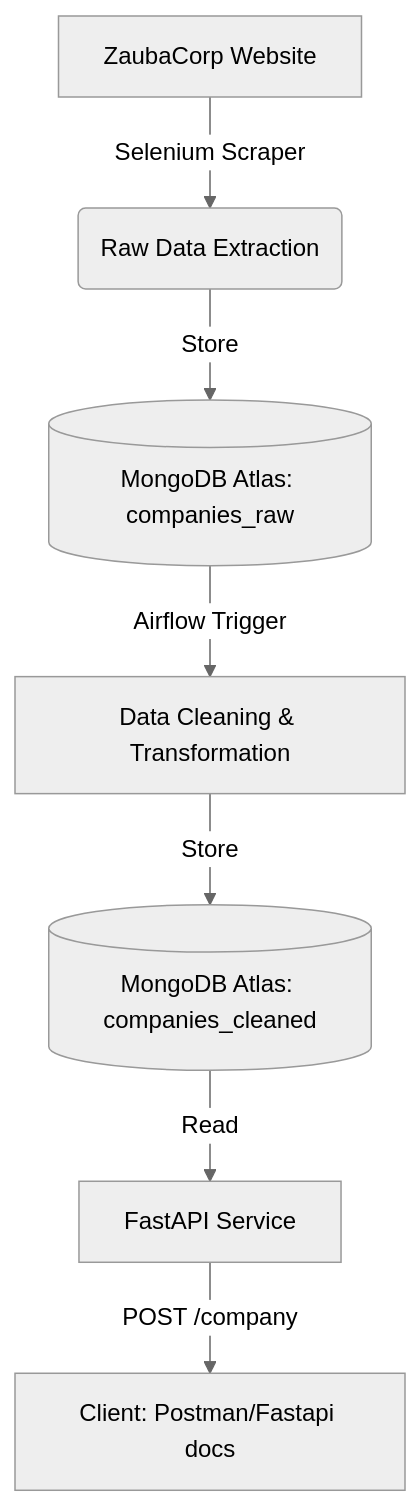
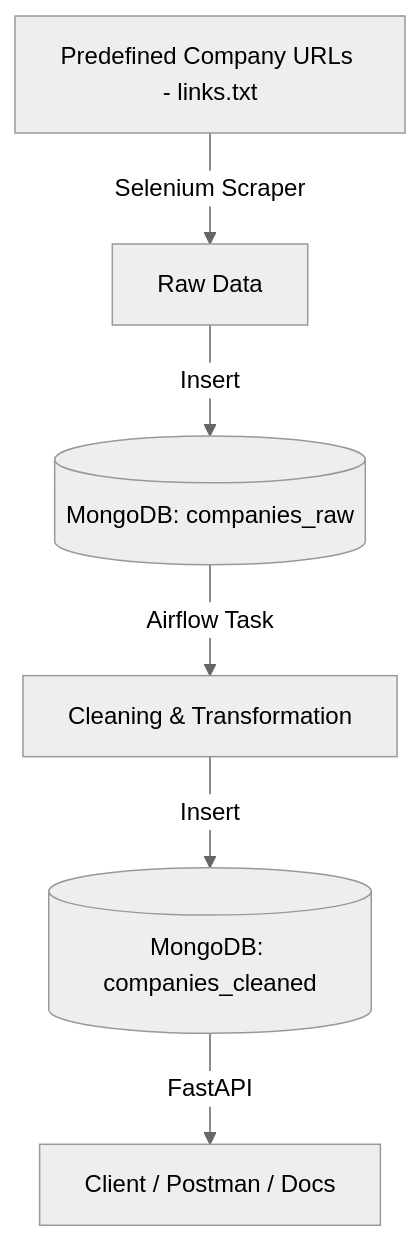
One commit to AravantiYashwanth/zintlr-data-pipeline changed the diagram in README.md. Above: the diagram before and after it, drawn with Mermaid (neutral theme). The commit also changed other lines of this file, not shown here.

Commit message:
Zintlr-Data_Pipeline ReadMe Updated

````diff
--- a/README.md
+++ b/README.md
@@ -48,9 +51,8 @@
 ```mermaid
 graph TD
-    A[ZaubaCorp Website] -->|Selenium Scraper| B(Raw Data Extraction)
-    B -->|Store| C[(MongoDB Atlas: companies_raw)]
-    C -->|Airflow Trigger| D[Data Cleaning & Transformation]
-    D -->|Store| E[(MongoDB Atlas: companies_cleaned)]
-    E -->|Read| F[FastAPI Service]
-    F -->|POST /company| G[Client: Postman/Fastapi docs]
+    A["Predefined Company URLs - links.txt"] -->|Selenium Scraper| B["Raw Data"]
+    B -->|Insert| C[(MongoDB: companies_raw)]
+    C -->|Airflow Task| D["Cleaning & Transformation"]
+    D -->|Insert| E[(MongoDB: companies_cleaned)]
+    E -->|FastAPI| F["Client / Postman / Docs"]
 ```
````
